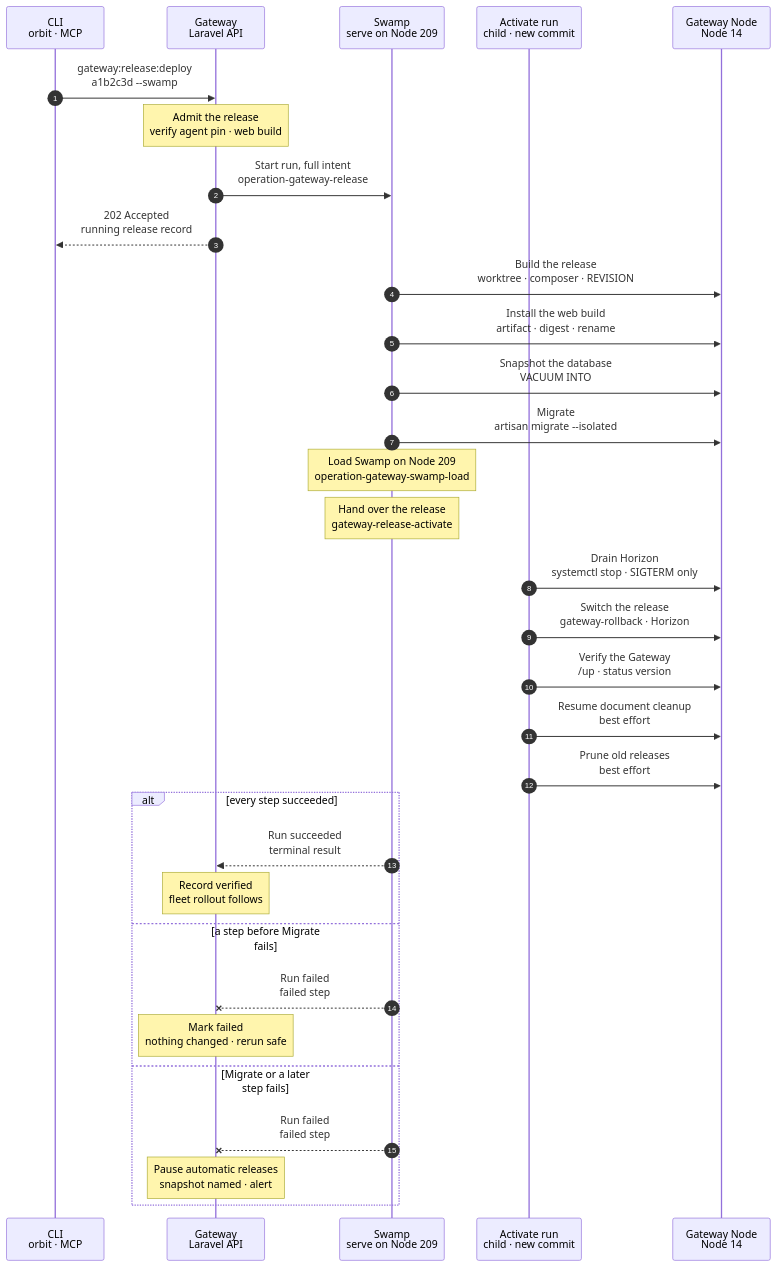
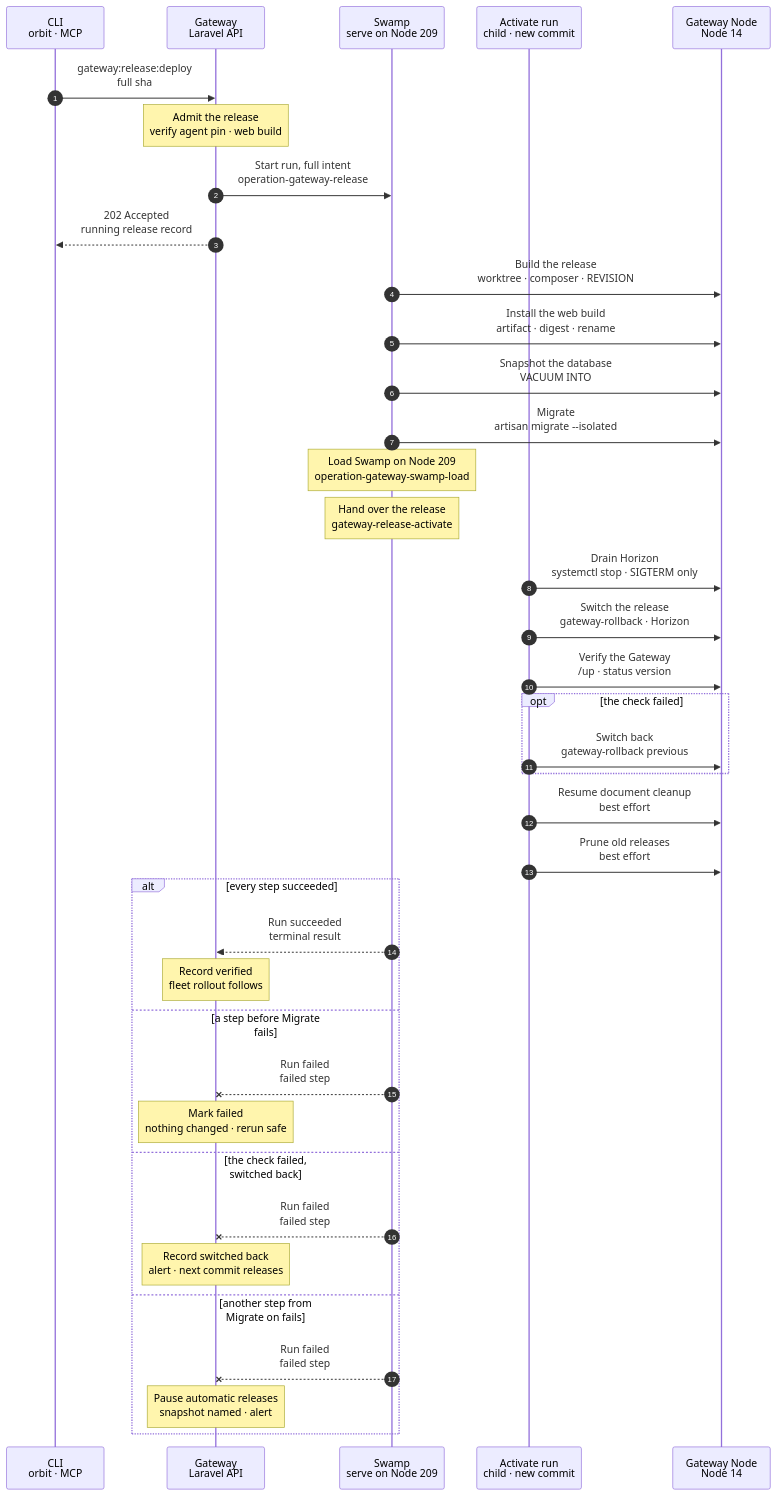
One commit to hardimpactdev/orbit changed the diagram in docs/cli/gateway/release-deploy.mmd. Above: the diagram before and after it, drawn with Mermaid. The commit also changed 25 other files, not shown here.

First line of the commit message:
feat(gateway): every release runs as the gateway.release Swamp run, and a failed check switches back (R2) (#2590)

```diff
--- a/docs/cli/gateway/release-deploy.mmd
+++ b/docs/cli/gateway/release-deploy.mmd
@@ -1,66 +1,72 @@
 sequenceDiagram
-  %% Target design: owner decision 2026-11-03, one Swamp workflow per Gateway release (R1, beside the release unit).
-  %% A forward release never switches back: the migration ran, so a later failure pauses. docs/reference/gateway-recovery.md#release-as-a-swamp-run.
+  %% Target design: docs/reference/feature-flow.md section 6, one Swamp workflow per Gateway release, manual or automatic.
+  %% A failed check switches back; migrations are expand and contract. docs/reference/gateway-recovery.md#release-as-a-swamp-run.
   %% status: reviewed
-  %% command: gateway:release:deploy --swamp
+  %% command: gateway:release:deploy
   %% kind: gateway.release
   %% behavior name: gateway-release-<step>-209 (fixed)
   autonumber
   %% lane TR icon=terminal pill=caller tone=gray
   %% lane GW icon=gateway pill=intent tone=blue
   %% lane SW icon=workflow pill=executes tone=green
   %% lane AC icon=workflow pill=child tone=green
   %% lane GN icon=server pill=target tone=amber
   participant TR as CLI<br/>orbit · MCP
   participant GW as Gateway<br/>Laravel API
   participant SW as Swamp<br/>serve on Node 209
   participant AC as Activate run<br/>child · new commit
   participant GN as Gateway Node<br/>Node 14
-  TR->>GW: gateway:release:deploy<br/>a1b2c3d --swamp
+  TR->>GW: gateway:release:deploy<br/>full sha
   %%> Command:
-  %%> - `orbit gateway:release:deploy <full sha> --swamp`
+  %%> - `orbit gateway:release:deploy <full sha>`; the automatic tick admits the newest green commit the same way
   Note over GW: Admit the release<br/>verify agent pin · web build
   %%> Requirements:
   %%> - the full commit; no other release queued or running; no staged hold
   %%> - the agent pin passes its Sigstore check; CI published the commit's web build
   %%> Result:
   %%> - a running release record; the pin, artifact, Horizon unit and SSH targets frozen as inputs
   GW->>SW: Start run, full intent<br/>operation-gateway-release
   %%> What it does:
   %%> - at run start, mints one read token (contents, actions) into the vault
   GW-->>TR: 202 Accepted<br/>running release record
   SW->>GN: Build the release<br/>worktree · composer · REVISION
   %%> What it does:
   %%> - fetches the commit, refuses one that does not descend from the current release
   %%> - links shared env and storage, installs dependencies, seals with `REVISION` and a cached config
   %%> - a sealed release of the commit is reused
   SW->>GN: Install the web build<br/>artifact · digest · rename
   SW->>GN: Snapshot the database<br/>VACUUM INTO
   SW->>GN: Migrate<br/>artisan migrate --isolated
   %%> On failure:
-  %%> - from here, the release pauses with the old release live
+  %%> - from here until the switch, the release pauses with the old release live
   Note over SW: Load Swamp on Node 209<br/>operation-gateway-swamp-load
   %%> What it does:
   %%> - the load child: checkout, grants the new release rendered, serve reload
   Note over SW: Hand over the release<br/>gateway-release-activate
   %%> Why:
   %%> - the child runs from the definition the load installed, so the switch runs the new commit's steps
   AC->>GN: Drain Horizon<br/>systemctl stop · SIGTERM only
   AC->>GN: Switch the release<br/>gateway-rollback · Horizon
   %%> Why:
   %%> - the same script an operator rolls back with: links, PHP-FPM reload, running services restart
   AC->>GN: Verify the Gateway<br/>/up · status version
+  opt the check failed
+    AC->>GN: Switch back<br/>gateway-rollback previous
+  end
   AC->>GN: Resume document cleanup<br/>best effort
   %%> Why:
   %%> - the scheduler restart paused the release cleanups; one that stays paused never fails the release
   AC->>GN: Prune old releases<br/>best effort
   alt every step succeeded
     SW-->>GW: Run succeeded<br/>terminal result
     Note over GW: Record verified<br/>fleet rollout follows
   else a step before Migrate fails
     SW--xGW: Run failed<br/>failed step
     Note over GW: Mark failed<br/>nothing changed · rerun safe
-  else Migrate or a later step fails
+  else the check failed, switched back
+    SW--xGW: Run failed<br/>failed step
+    Note over GW: Record switched back<br/>alert · next commit releases
+  else another step from Migrate on fails
     SW--xGW: Run failed<br/>failed step
     Note over GW: Pause automatic releases<br/>snapshot named · alert
   end
```
